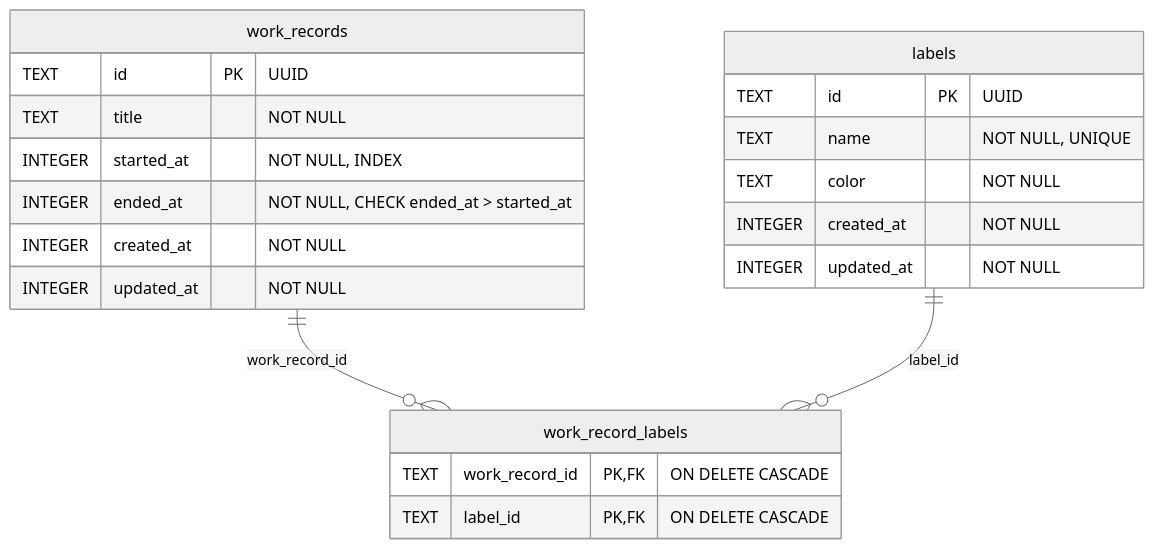
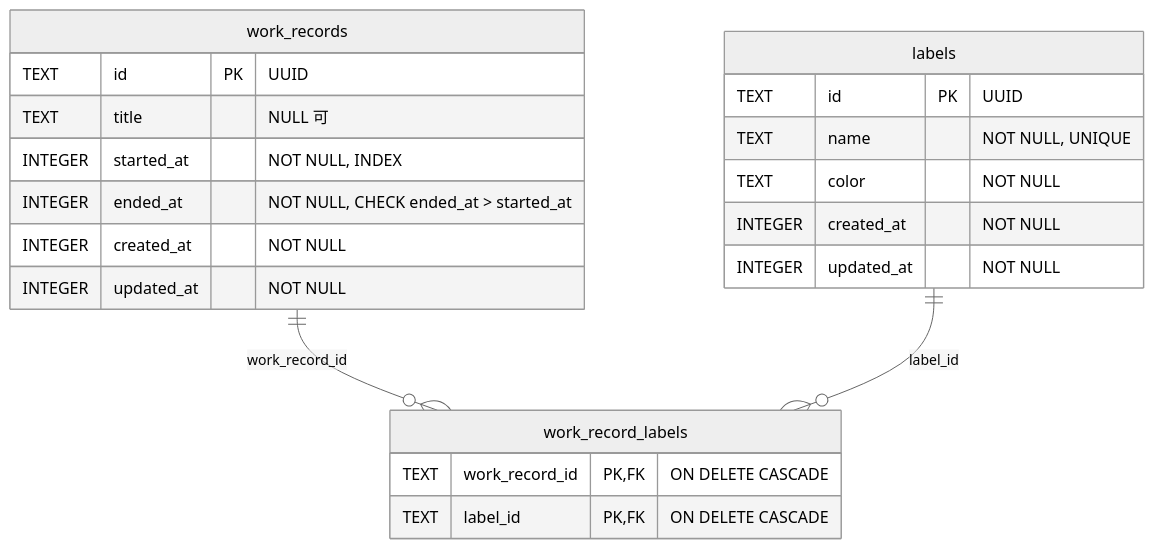
Before and after one commit to monarizzz/link-to-notion-db: the diagram in docs/architecture/database.md, drawn with Mermaid (neutral theme). The commit also changed other lines of this file, not shown here.

Commit message:
docs テーブル設計の title を NULL 可にする
Refs #126

````diff
--- a/docs/architecture/database.md
+++ b/docs/architecture/database.md
@@ -7,27 +7,27 @@
 ```mermaid
 erDiagram
     labels {
         TEXT id PK "UUID"
         TEXT name "NOT NULL, UNIQUE"
         TEXT color "NOT NULL"
         INTEGER created_at "NOT NULL"
         INTEGER updated_at "NOT NULL"
     }
 
     work_records {
         TEXT id PK "UUID"
-        TEXT title "NOT NULL"
+        TEXT title "NULL 可"
         INTEGER started_at "NOT NULL, INDEX"
         INTEGER ended_at "NOT NULL, CHECK ended_at > started_at"
         INTEGER created_at "NOT NULL"
         INTEGER updated_at "NOT NULL"
     }
 
     work_record_labels {
         TEXT work_record_id PK, FK "ON DELETE CASCADE"
         TEXT label_id PK, FK "ON DELETE CASCADE"
     }
 
     work_records ||--o{ work_record_labels : "work_record_id"
     labels ||--o{ work_record_labels : "label_id"
 ```
````
